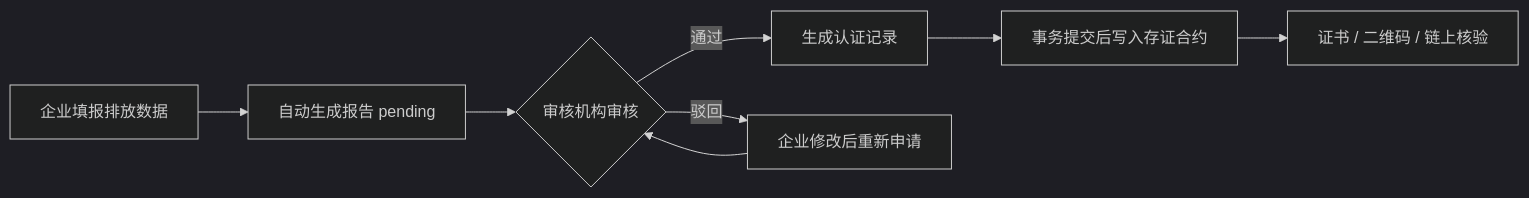
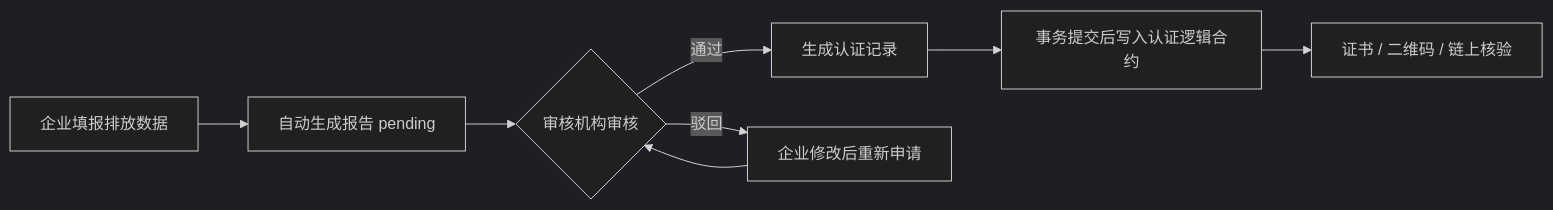
The first of 2 diagrams in README.md (hexbode/carbon-trace-blockchain), drawn with Mermaid (dark theme) before and after one commit. The commit also changed other lines of this file and 29 other files, not shown here.

````diff
--- a/README.md
+++ b/README.md
@@ -15,10 +16,10 @@
 ```mermaid
 flowchart LR
     A[企业填报排放数据] --> B[自动生成报告 pending]
     B --> C{审核机构审核}
     C -- 通过 --> D[生成认证记录]
-    D --> E[事务提交后写入存证合约]
+    D --> E[事务提交后写入认证逻辑合约]
     E --> F[证书 / 二维码 / 链上核验]
     C -- 驳回 --> G[企业修改后重新申请]
     G --> C
 ```
````
